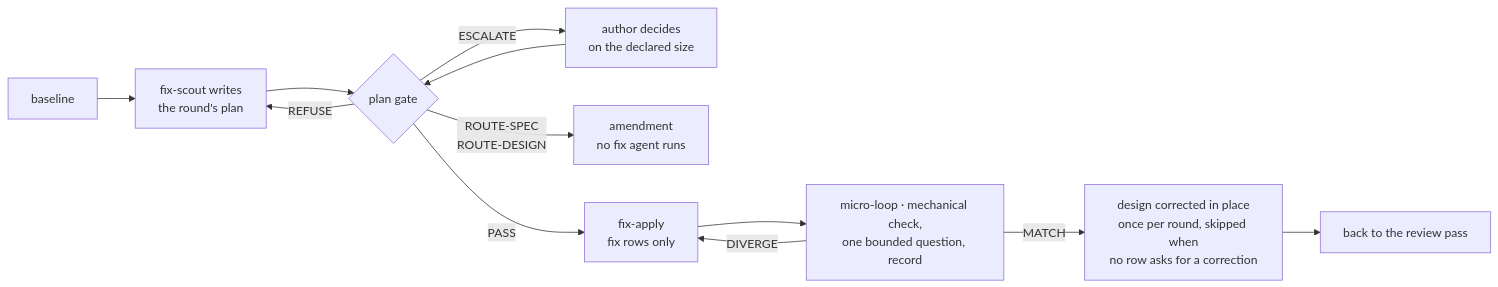
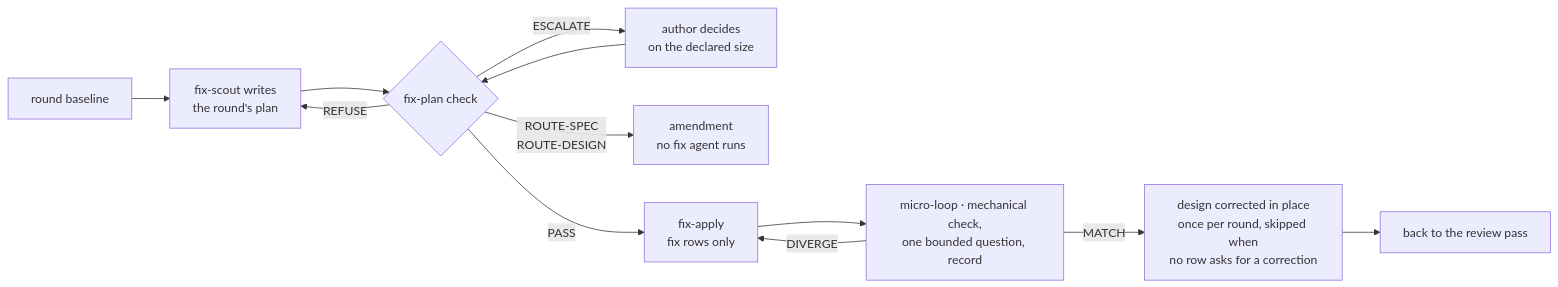
Before and after one commit to JeriC4o/agent-harness: the second of 2 diagrams in README.md, drawn with Mermaid. The commit also changed other lines of this file and 24 other files, not shown here.

````diff
--- a/README.md
+++ b/README.md
@@ -354,14 +354,14 @@
 ```mermaid
 flowchart LR
-    B["baseline"] --> P["fix-scout writes<br/>the round's plan"]
-    P --> G{"plan gate"}
+    B["round baseline"] --> P["fix-scout writes<br/>the round's plan"]
+    P --> G{"fix-plan check"}
     G -->|REFUSE| P
     G -->|ESCALATE| AU["author decides<br/>on the declared size"]
     AU --> G
     G -->|"ROUTE-SPEC<br/>ROUTE-DESIGN"| AM["amendment<br/>no fix agent runs"]
     G -->|PASS| AP["fix-apply<br/>fix rows only"]
     AP --> ML["micro-loop · mechanical check,<br/>one bounded question, record"]
     ML -->|DIVERGE| AP
     ML -->|MATCH| C["design corrected in place<br/>once per round, skipped when<br/>no row asks for a correction"]
     C --> R["back to the review pass"]
 ```
````
